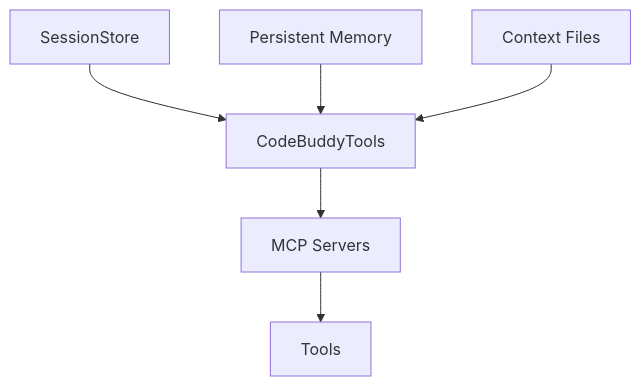
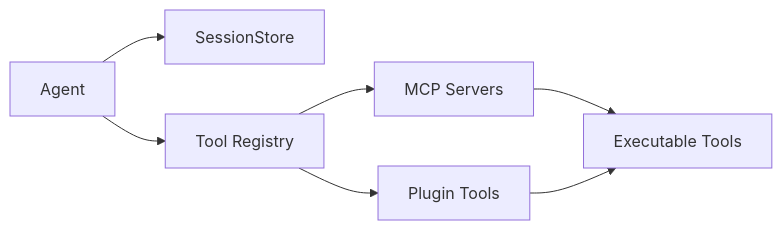
One commit to Zeeeepa/code-buddy changed the diagram in .codebuddy/docs/3i-model-context-protocol-servers-tool.md. Above: the diagram before and after it, drawn with Mermaid. The commit also changed other lines of this file and 29 other files, not shown here.

````diff
--- a/.codebuddy/docs/3i-model-context-protocol-servers-tool.md
+++ b/.codebuddy/docs/3i-model-context-protocol-servers-tool.md
@@ -5,8 +25,9 @@
 ```mermaid
-graph TD
-    A[SessionStore] --> B[CodeBuddyTools]
-    B --> C[MCP Servers]
-    C --> D[Tools]
-    E[Persistent Memory] --> B
-    F[Context Files] --> B
+graph LR
+    A[Agent] --> B[SessionStore]
+    A --> C[Tool Registry]
+    C --> D[MCP Servers]
+    C --> E[Plugin Tools]
+    D --> F[Executable Tools]
+    E --> F
 ```
````
